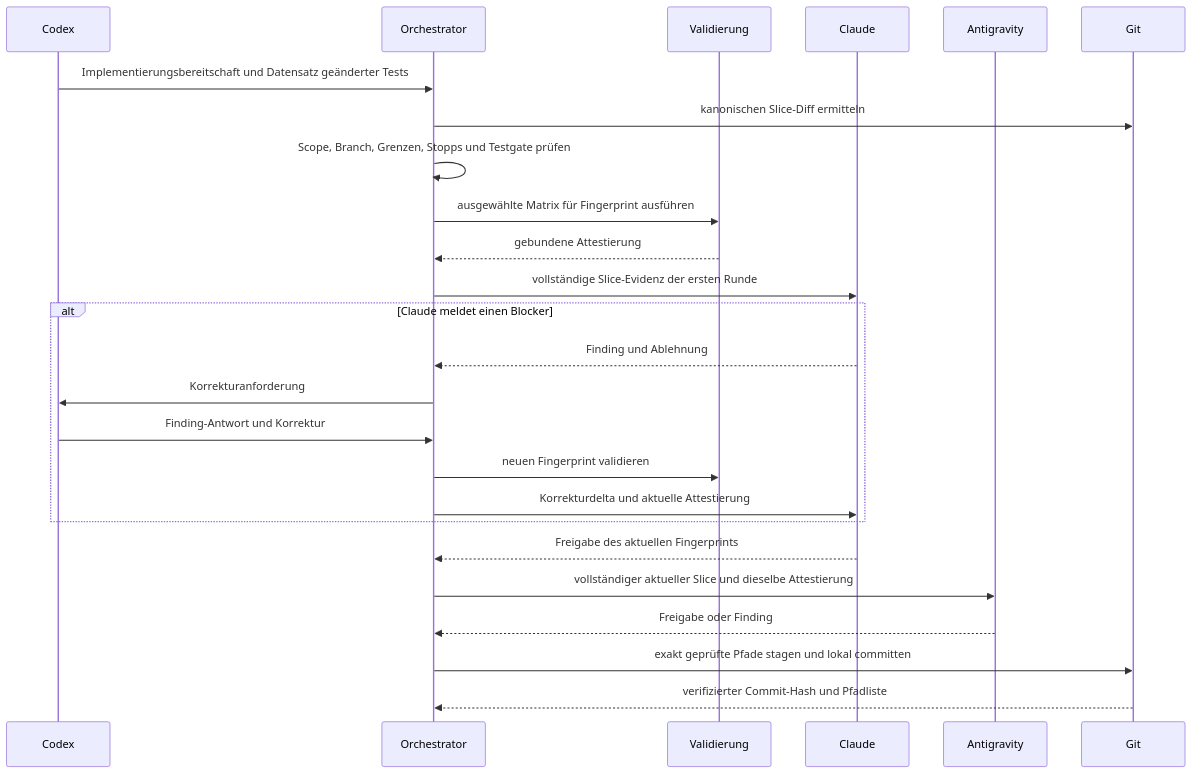
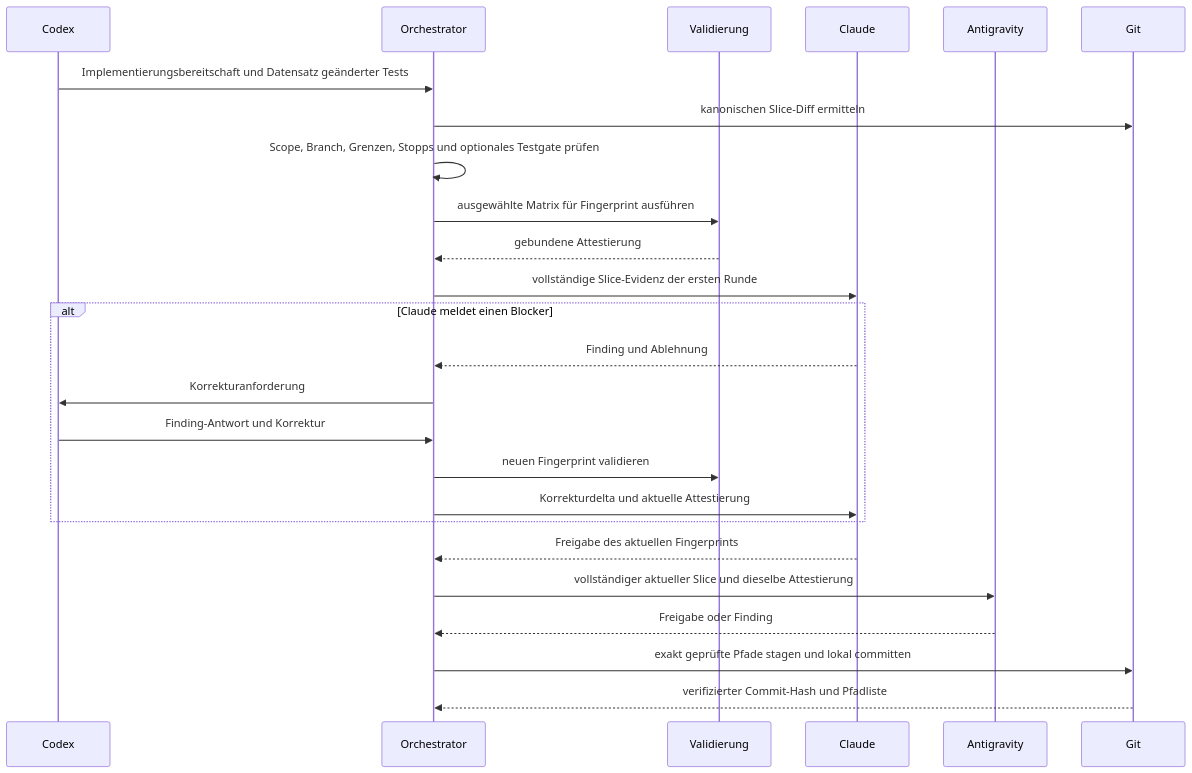
One commit to dieteresser62-lab/Dual-Agent-Orchestrator changed the second of 2 diagrams in docs/reference/architecture-and-domain-concept.md. Above: the diagram before and after it, drawn with Mermaid. The commit also changed other lines of this file and 35 other files, not shown here.

````diff
--- a/docs/reference/architecture-and-domain-concept.md
+++ b/docs/reference/architecture-and-domain-concept.md
@@ -176,28 +187,28 @@
 ```mermaid
 sequenceDiagram
     participant C as Codex
     participant O as Orchestrator
     participant V as Validierung
     participant CL as Claude
     participant A as Antigravity
     participant G as Git
 
     C->>O: Implementierungsbereitschaft und Datensatz geänderter Tests
     O->>G: kanonischen Slice-Diff ermitteln
-    O->>O: Scope, Branch, Grenzen, Stopps und Testgate prüfen
+    O->>O: Scope, Branch, Grenzen, Stopps und optionales Testgate prüfen
     O->>V: ausgewählte Matrix für Fingerprint ausführen
     V-->>O: gebundene Attestierung
     O->>CL: vollständige Slice-Evidenz der ersten Runde
     alt Claude meldet einen Blocker
         CL-->>O: Finding und Ablehnung
         O->>C: Korrekturanforderung
         C->>O: Finding-Antwort und Korrektur
         O->>V: neuen Fingerprint validieren
         O->>CL: Korrekturdelta und aktuelle Attestierung
     end
     CL-->>O: Freigabe des aktuellen Fingerprints
     O->>A: vollständiger aktueller Slice und dieselbe Attestierung
     A-->>O: Freigabe oder Finding
     O->>G: exakt geprüfte Pfade stagen und lokal committen
     G-->>O: verifizierter Commit-Hash und Pfadliste
 ```
````
